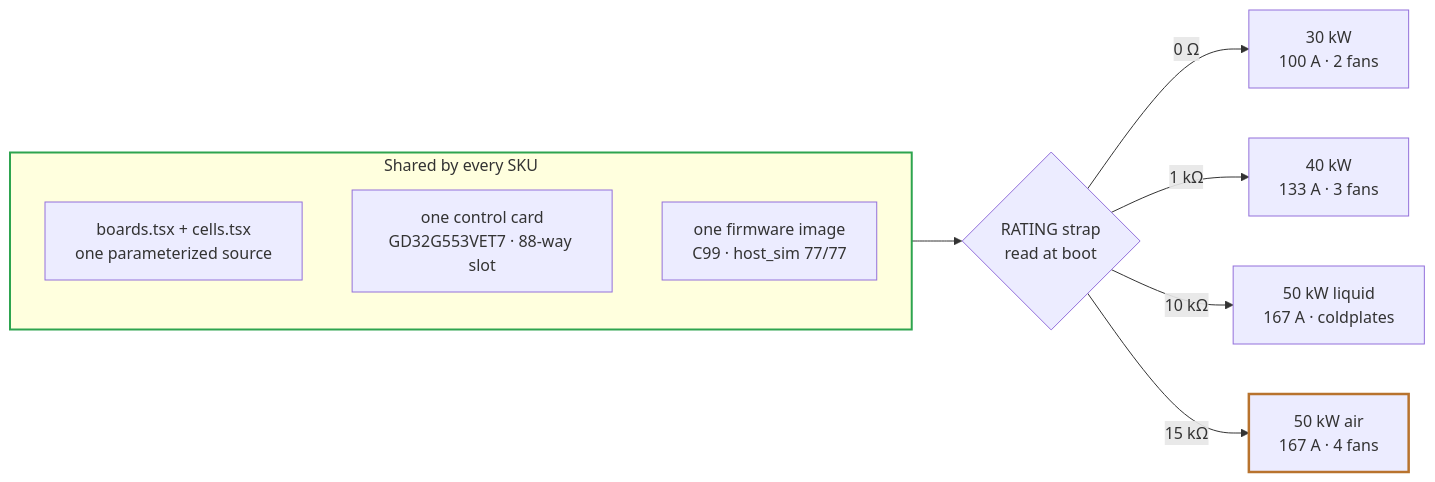
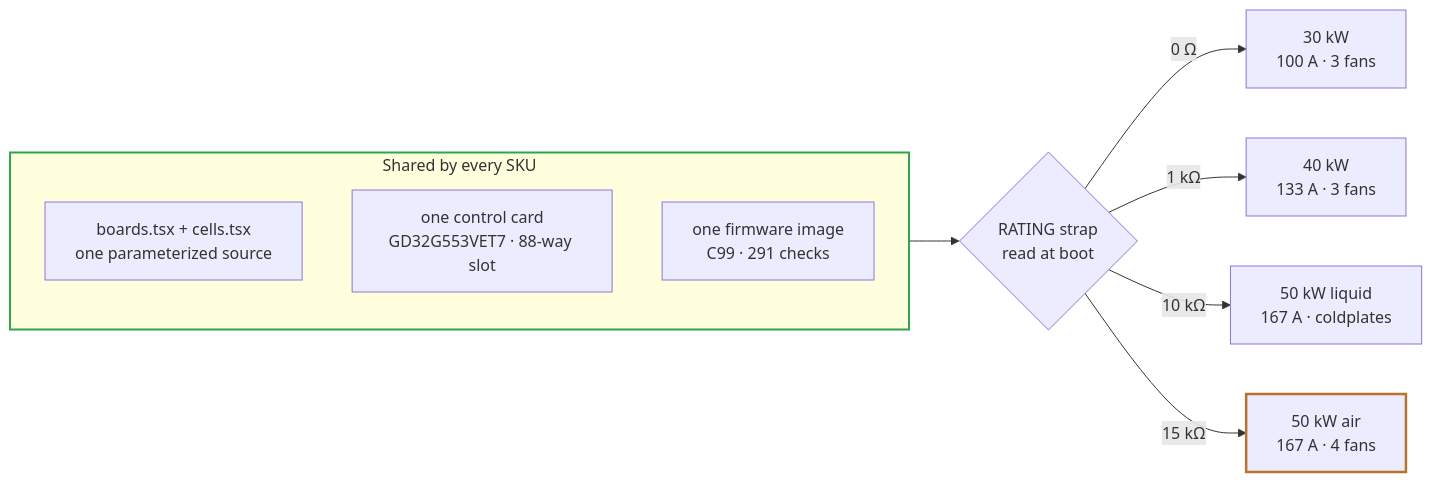
The second of 3 diagrams in boards/README-module-family.md (vectivolt/DC-Modules), drawn with Mermaid before and after one commit. The commit also changed other lines of this file and 37 other files, not shown here.

First line of the commit message:
E81 docs: premium polish pass — 42 pages restructured, 80 diagrams, 61+ stale claims fixed, gates synced

````diff
--- a/boards/README-module-family.md
+++ b/boards/README-module-family.md
@@ -35,17 +53,17 @@
 ```mermaid
 flowchart LR
   subgraph SHARED["Shared by every SKU"]
     direction TB
     SRC["boards.tsx + cells.tsx<br/>one parameterized source"]
     CARD["one control card<br/>GD32G553VET7 · 88-way slot"]
-    FW["one firmware image<br/>C99 · host_sim 77/77"]
+    FW["one firmware image<br/>C99 · 291 checks"]
   end
   STRAP{"RATING strap<br/>read at boot"}
   SHARED --> STRAP
-  STRAP -- "0 Ω" --> M30["30 kW<br/>100 A · 2 fans"]
+  STRAP -- "0 Ω" --> M30["30 kW<br/>100 A · 3 fans"]
   STRAP -- "1 kΩ" --> M40["40 kW<br/>133 A · 3 fans"]
   STRAP -- "10 kΩ" --> M50L["50 kW liquid<br/>167 A · coldplates"]
   STRAP -- "15 kΩ" --> M50A["50 kW air<br/>167 A · 4 fans"]
   style SHARED stroke:#2ea44f,stroke-width:2px
   style M50A stroke:#b8732e,stroke-width:2.5px
 ```
````
